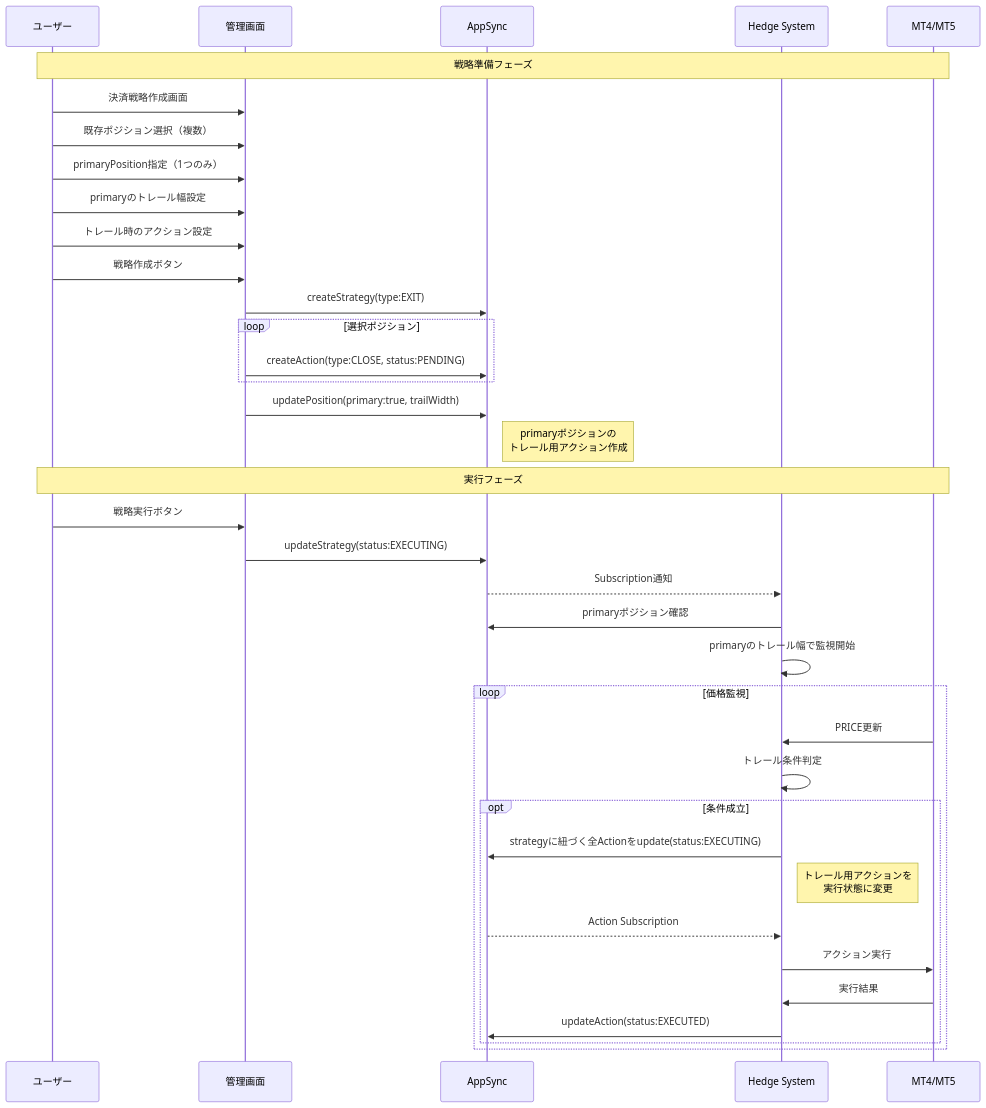
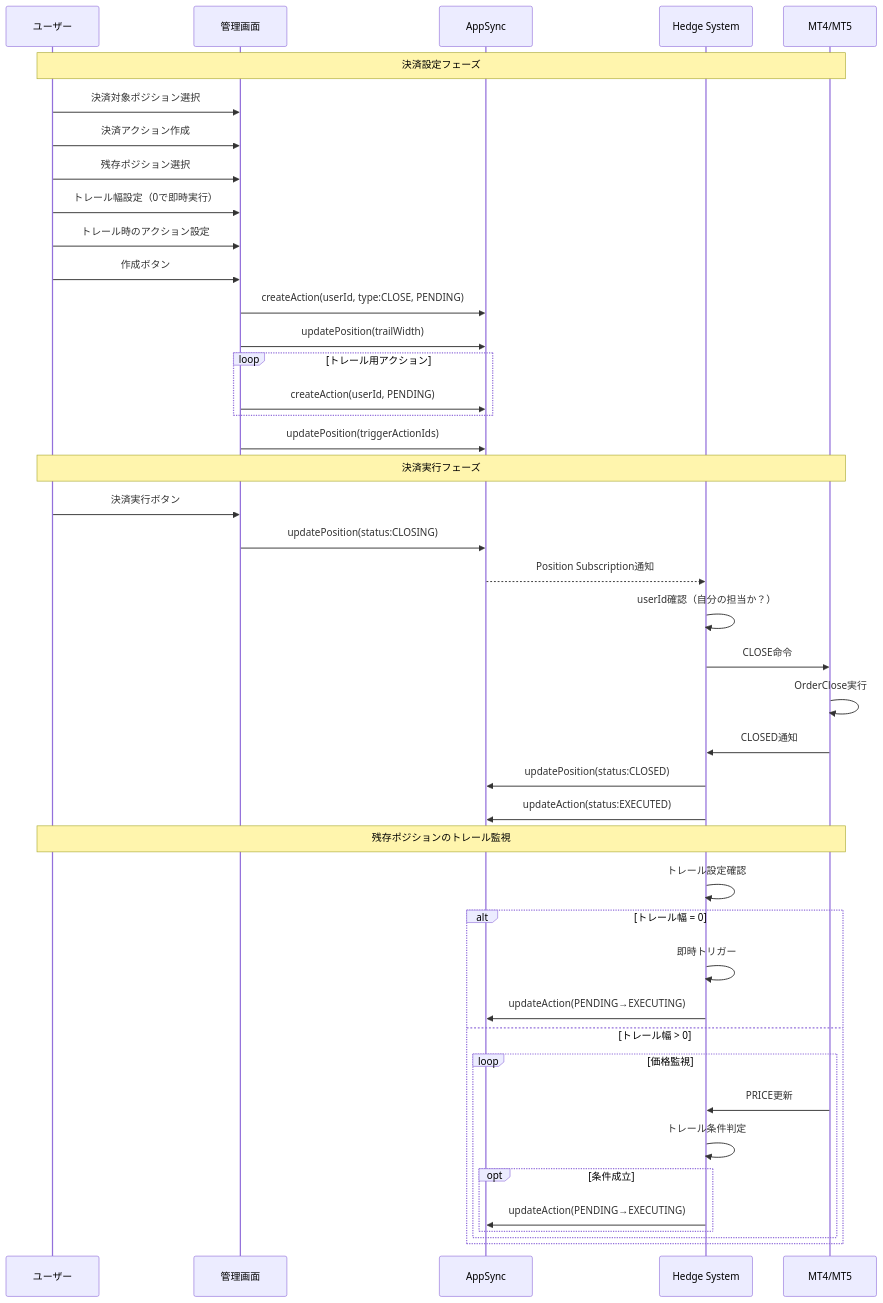
The sixth of 16 diagrams in MVPシステム設計.md (rnrnstar2/ArbitrageAssistant), drawn with Mermaid before and after one commit. The commit also changed other lines of this file and 111 other files, not shown here.

````diff
--- a/MVPシステム設計.md
+++ b/MVPシステム設計.md
@@ -213,42 +303,50 @@
 ```mermaid
 sequenceDiagram
     participant U as ユーザー
     participant UI as 管理画面
     participant API as AppSync
     participant HS as Hedge System
     participant EA as MT4/MT5
-    
-    Note over U,EA: 戦略準備フェーズ
-    U->>UI: 決済戦略作成画面
-    U->>UI: 既存ポジション選択（複数）
-    U->>UI: primaryPosition指定（1つのみ）
-    U->>UI: primaryのトレール幅設定
+
+    Note over U,EA: 決済設定フェーズ
+    U->>UI: 決済対象ポジション選択
+    U->>UI: 決済アクション作成
+    U->>UI: 残存ポジション選択
+    U->>UI: トレール幅設定（0で即時実行）
     U->>UI: トレール時のアクション設定
-    U->>UI: 戦略作成ボタン
-    UI->>API: createStrategy(type:EXIT)
-    loop 選択ポジション
-        UI->>API: createAction(type:CLOSE, status:PENDING)
+    U->>UI: 作成ボタン
+
+    UI->>API: createAction(userId, type:CLOSE, PENDING)
+    UI->>API: updatePosition(trailWidth)
+    loop トレール用アクション
+        UI->>API: createAction(userId, PENDING)
     end
-    UI->>API: updatePosition(primary:true, trailWidth)
-    Note right of API: primaryポジションの<br/>トレール用アクション作成
-    
-    Note over U,EA: 実行フェーズ
-    U->>UI: 戦略実行ボタン
-    UI->>API: updateStrategy(status:EXECUTING)
-    API-->>HS: Subscription通知
-    
-    HS->>API: primaryポジション確認
-    HS->>HS: primaryのトレール幅で監視開始
-    loop 価格監視
-        EA->>HS: PRICE更新
-        HS->>HS: トレール条件判定
-        opt 条件成立
-            HS->>API: strategyに紐づく全Actionをupdate(status:EXECUTING)
-            Note right of HS: トレール用アクションを<br/>実行状態に変更
-            API-->>HS: Action Subscription
-            HS->>EA: アクション実行
-            EA->>HS: 実行結果
-            HS->>API: updateAction(status:EXECUTED)
+    UI->>API: updatePosition(triggerActionIds)
+
+    Note over U,EA: 決済実行フェーズ
+    U->>UI: 決済実行ボタン
+    UI->>API: updatePosition(status:CLOSING)
+    API-->>HS: Position Subscription通知
+
+    HS->>HS: userId確認（自分の担当か？）
+    HS->>EA: CLOSE命令
+    EA->>EA: OrderClose実行
+    EA->>HS: CLOSED通知
+    HS->>API: updatePosition(status:CLOSED)
+    HS->>API: updateAction(status:EXECUTED)
+
+    Note over U,EA: 残存ポジションのトレール監視
+    HS->>HS: トレール設定確認
+    alt トレール幅 = 0
+        HS->>HS: 即時トリガー
+        HS->>API: updateAction(PENDING→EXECUTING)
+    else トレール幅 > 0
+        loop 価格監視
+            EA->>HS: PRICE更新
+            HS->>HS: トレール条件判定
+            opt 条件成立
+                HS->>API: updateAction(PENDING→EXECUTING)
+            end
         end
     end
 ```
````
